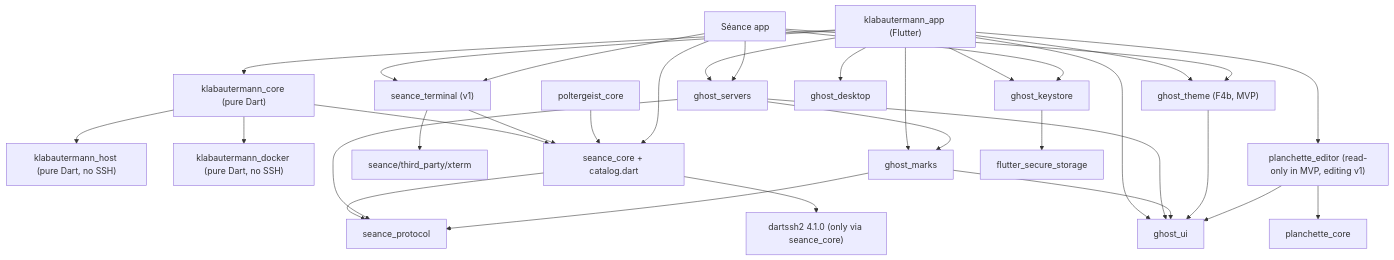
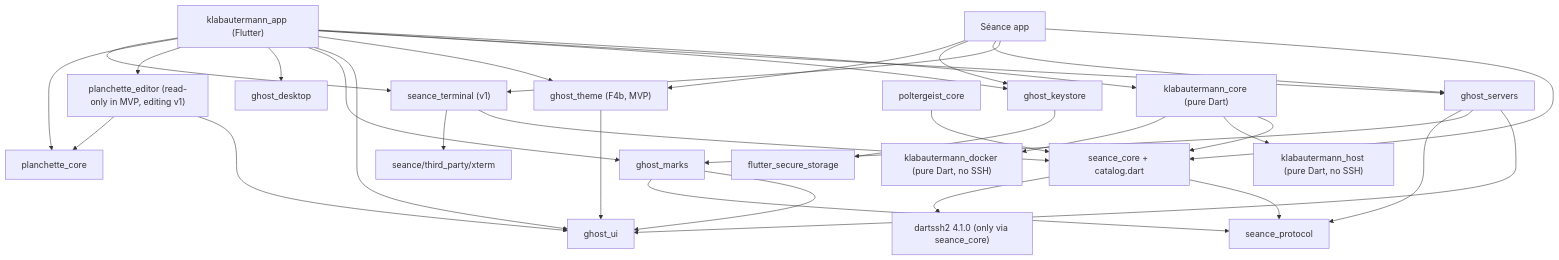
The diagram in docs/design/klabautermann/03-ARCHITECTURE.md (L-K-M/Hauntware), drawn with Mermaid before and after one commit. The commit also changed other lines of this file and 14 other files, not shown here.

````diff
--- a/docs/design/klabautermann/03-ARCHITECTURE.md
+++ b/docs/design/klabautermann/03-ARCHITECTURE.md
@@ -985,55 +999,56 @@
 ```mermaid
 graph TD
   APP["klabautermann_app (Flutter)"]
   CORE["klabautermann_core (pure Dart)"]
   HOST["klabautermann_host (pure Dart, no SSH)"]
   DOCK["klabautermann_docker (pure Dart, no SSH)"]
   SC["seance_core + catalog.dart"]
   SP["seance_protocol"]
   DS["dartssh2 4.1.0 (only via seance_core)"]
   ST["seance_terminal (v1)"]
   XT["seance/third_party/xterm"]
   GS["ghost_servers"]
   GK["ghost_keystore"]
   GT["ghost_theme (F4b, MVP)"]
   GUI["ghost_ui"]
   GM["ghost_marks"]
   GD["ghost_desktop"]
   PE["planchette_editor (read-only in MVP, editing v1)"]
   PCO["planchette_core"]
   FSS["flutter_secure_storage"]
   POLT["poltergeist_core"]
   SEA["Séance app"]
 
   APP --> CORE
   APP --> GS
   APP --> GK
   APP --> GT
   APP --> GUI
   APP --> GM
   APP --> GD
   APP --> PE
+  APP --> PCO
   APP --> ST
   CORE --> SC
   CORE --> HOST
   CORE --> DOCK
   SC --> SP
   SC --> DS
   ST --> SC
   ST --> XT
   GS --> GUI
   GS --> GM
   GS --> SP
   GM --> GUI
   GM --> SP
   GK --> FSS
   GT --> GUI
   PE --> GUI
   PE --> PCO
   POLT --> SC
   SEA --> SC
   SEA --> ST
   SEA --> GS
   SEA --> GK
   SEA --> GT
 ```
````
